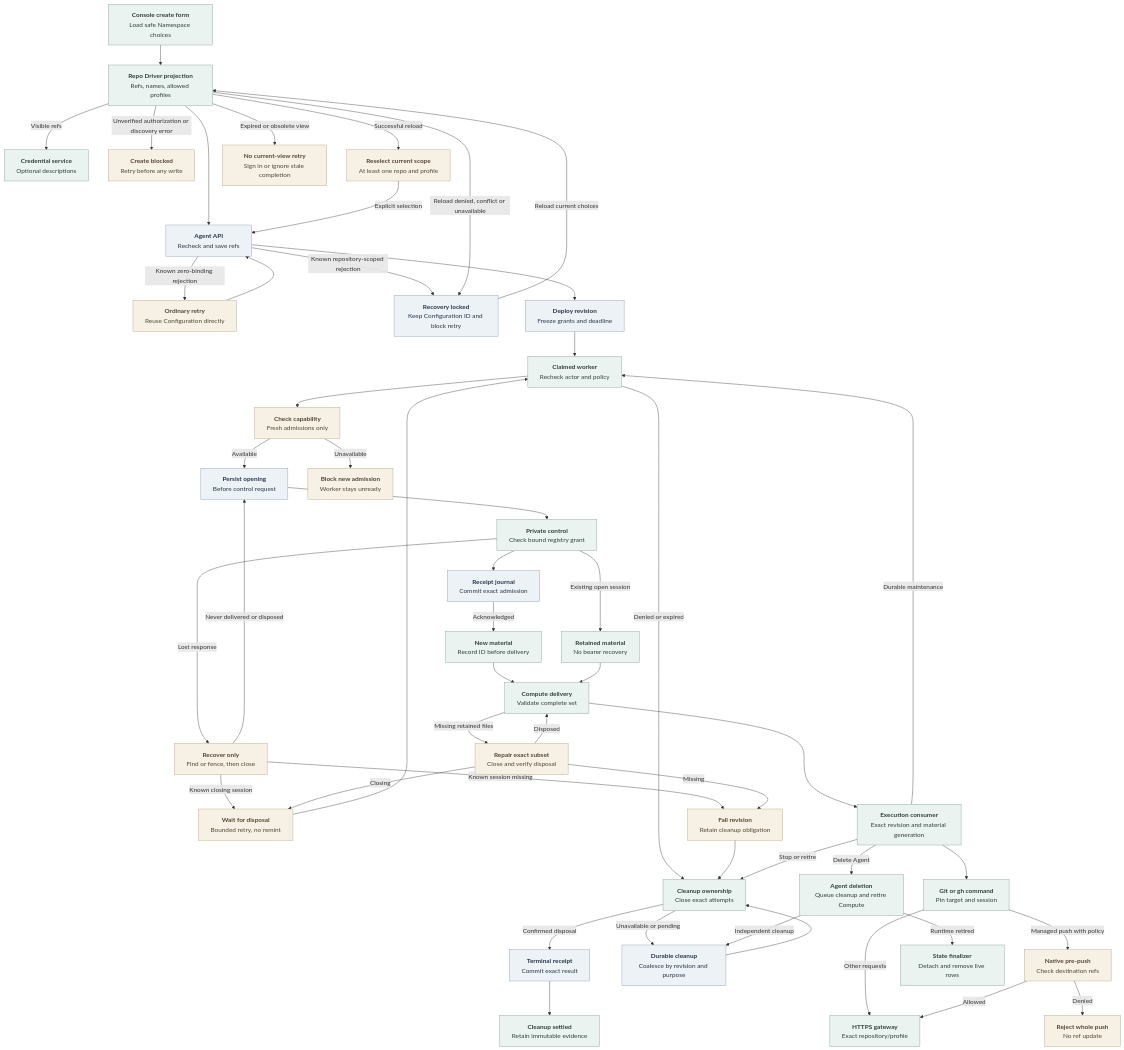
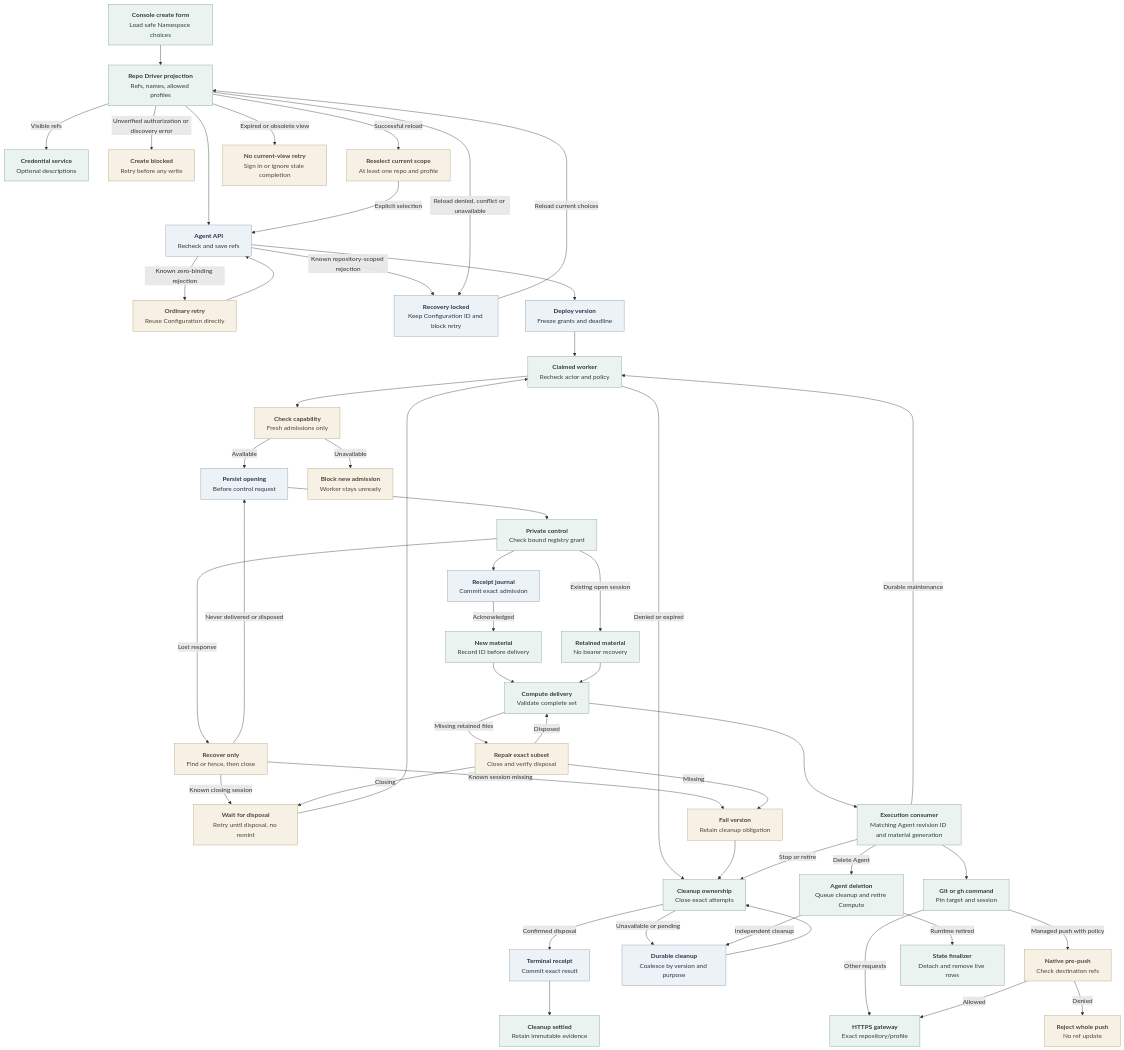
One commit to openclaw/openclaw-enterprise changed the diagram in docs/flows/agent-repository-credentials.md. Above: the diagram before and after it, drawn with Mermaid. The commit also changed other lines of this file and 198 other files, not shown here.

````diff
--- a/docs/flows/agent-repository-credentials.md
+++ b/docs/flows/agent-repository-credentials.md
@@ -31,59 +31,59 @@
 ```mermaid
 graph TD
   Console["<b>Console create form</b><br/>Load safe Namespace choices"] --> Options["<b>Repo Driver projection</b><br/>Refs, names, allowed profiles"]
   Options -->|Visible refs| Metadata["<b>Credential service</b><br/>Optional descriptions"]
   Options --> API["<b>Agent API</b><br/>Recheck and save refs"]
   Options -->|Unverified authorization or discovery error| CreateBlocked["<b>Create blocked</b><br/>Retry before any write"]
   API -->|Known zero-binding rejection| OrdinaryRetry["<b>Ordinary retry</b><br/>Reuse Configuration directly"]
   OrdinaryRetry --> API
   API -->|Known repository-scoped rejection| FormLocked["<b>Recovery locked</b><br/>Keep Configuration ID and block retry"]
   FormLocked -->|Reload current choices| Options
   Options -->|Successful reload| Reselect["<b>Reselect current scope</b><br/>At least one repo and profile"]
   Reselect -->|Explicit selection| API
   Options -->|Reload denied, conflict or unavailable| FormLocked
   Options -->|Expired or obsolete view| ViewStop["<b>No current-view retry</b><br/>Sign in or ignore stale completion"]
-  API --> Revision["<b>Deploy revision</b><br/>Freeze grants and deadline"]
-  Revision --> Worker["<b>Claimed worker</b><br/>Recheck actor and policy"]
+  API --> Version["<b>Deploy version</b><br/>Freeze grants and deadline"]
+  Version --> Worker["<b>Claimed worker</b><br/>Recheck actor and policy"]
   Worker -->|Denied or expired| Close["<b>Cleanup ownership</b><br/>Close exact attempts"]
   Worker --> Capability["<b>Check capability</b><br/>Fresh admissions only"]
   Capability -->|Available| Attempt["<b>Persist opening</b><br/>Before control request"]
   Capability -->|Unavailable| Blocked["<b>Block new admission</b><br/>Worker stays unready"]
   Attempt --> Service["<b>Private control</b><br/>Check bound registry grant"]
   Service --> Receipt["<b>Receipt journal</b><br/>Commit exact admission"]
   Receipt -->|Acknowledged| New["<b>New material</b><br/>Record ID before delivery"]
   Service -->|Existing open session| Retained["<b>Retained material</b><br/>No bearer recovery"]
   Service -->|Lost response| Recover["<b>Recover only</b><br/>Find or fence, then close"]
   Recover -->|Never delivered or disposed| Attempt
-  Recover -->|Known closing session| Wait["<b>Wait for disposal</b><br/>Bounded retry, no remint"]
+  Recover -->|Known closing session| Wait["<b>Wait for disposal</b><br/>Retry until disposal, no remint"]
   Wait --> Worker
-  Recover -->|Known session missing| Refuse["<b>Fail revision</b><br/>Retain cleanup obligation"]
+  Recover -->|Known session missing| Refuse["<b>Fail version</b><br/>Retain cleanup obligation"]
   New --> Compute["<b>Compute delivery</b><br/>Validate complete set"]
   Retained --> Compute
   Compute -->|Missing retained files| Repair["<b>Repair exact subset</b><br/>Close and verify disposal"]
   Repair -->|Disposed| Compute
   Repair -->|Closing| Wait
   Repair -->|Missing| Refuse
   Refuse --> Close
-  Compute --> Pod["<b>Execution consumer</b><br/>Exact revision and material generation"]
+  Compute --> Pod["<b>Execution consumer</b><br/>Matching Agent revision ID and material generation"]
   Pod --> Command["<b>Git or gh command</b><br/>Pin target and session"]
   Command -->|Other requests| Gateway["<b>HTTPS gateway</b><br/>Exact repository/profile"]
   Command -->|Managed push with policy| PushRefs["<b>Native pre-push</b><br/>Check destination refs"]
   PushRefs -->|Allowed| Gateway
   PushRefs -->|Denied| PushDenied["<b>Reject whole push</b><br/>No ref update"]
   Pod -->|Durable maintenance| Worker
   Pod -->|Stop or retire| Close
-  Close -->|Unavailable or pending| Queue["<b>Durable cleanup</b><br/>Coalesce by revision and purpose"]
+  Close -->|Unavailable or pending| Queue["<b>Durable cleanup</b><br/>Coalesce by version and purpose"]
   Queue --> Close
   Close -->|Confirmed disposal| Terminal["<b>Terminal receipt</b><br/>Commit exact result"]
   Terminal --> Done["<b>Cleanup settled</b><br/>Retain immutable evidence"]
   Pod -->|Delete Agent| Delete["<b>Agent deletion</b><br/>Queue cleanup and retire Compute"]
   Delete -->|Independent cleanup| Queue
   Delete -->|Runtime retired| Finalize["<b>State finalizer</b><br/>Detach and remove live rows"]
 
   classDef state fill:#EDF2F7,stroke:#879AB0,color:#25364A,stroke-width:1px
   classDef operation fill:#EBF3F0,stroke:#7F9D93,color:#2B4038,stroke-width:1px
   classDef condition fill:#F7F1E5,stroke:#B3A078,color:#514532,stroke-width:1px
-  class API,Revision,Attempt,Queue,FormLocked,Receipt,Terminal state
+  class API,Version,Attempt,Queue,FormLocked,Receipt,Terminal state
   class Console,Options,Metadata,Worker,Service,New,Retained,Compute,Pod,Command,Gateway,Close,Done,Delete,Finalize operation
   class Recover,Repair,Refuse,Wait,ViewStop,CreateBlocked,OrdinaryRetry,Reselect,PushRefs,PushDenied,Capability,Blocked condition
 ```
````
